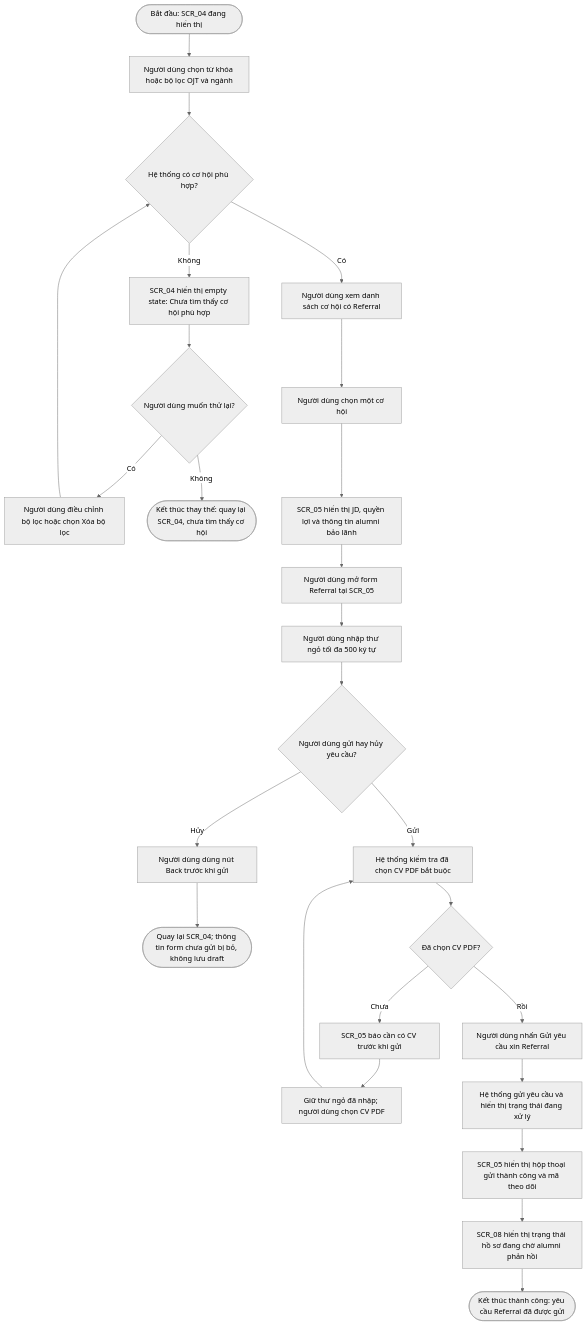
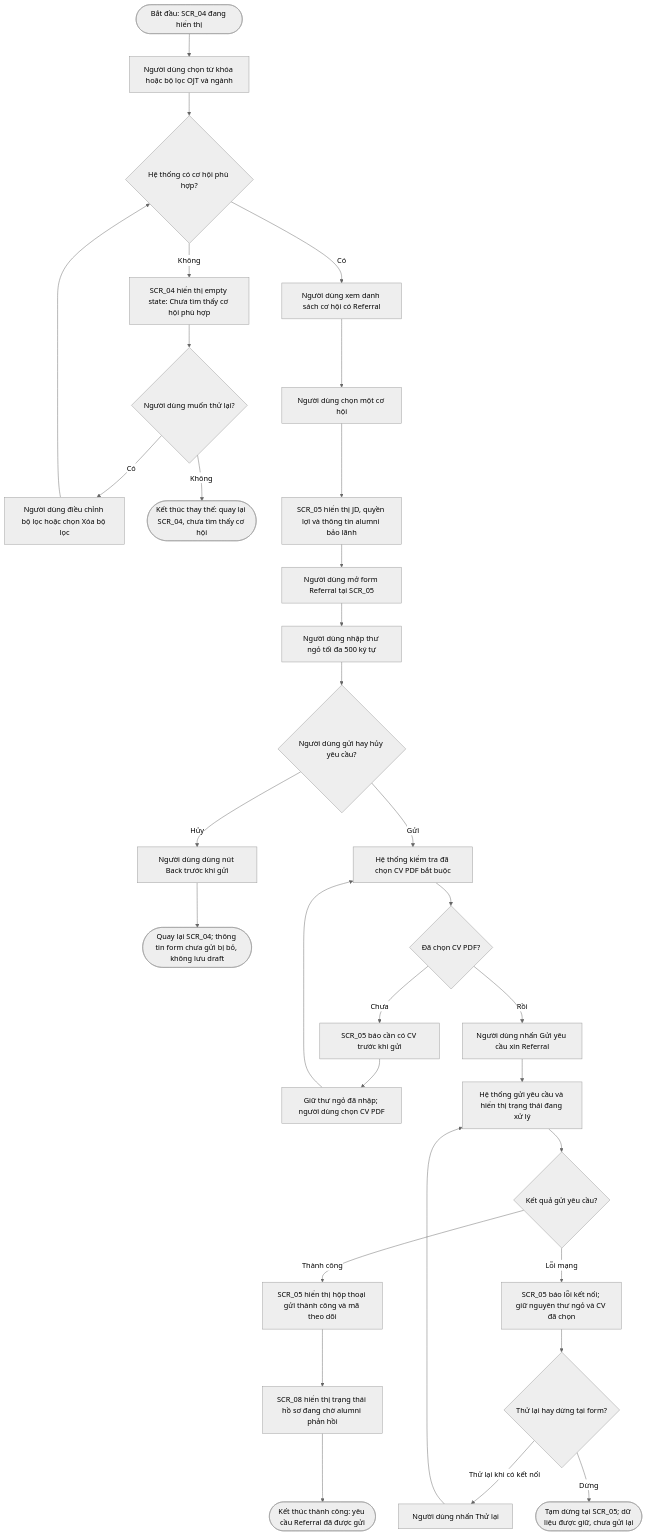
One commit to chstrg2208/PRN-LAB-2- changed the third of 4 diagrams in ux/user-flow.md. Above: the diagram before and after it, drawn with Mermaid (neutral theme). The commit also changed other lines of this file and 1 other file, not shown here.

Commit message:
docs(ux): align information architecture and user flows

````diff
--- a/ux/user-flow.md
+++ b/ux/user-flow.md
@@ -114,28 +130,34 @@
 ```mermaid
 flowchart TD
     Start([Bắt đầu: SCR_04 đang hiển thị]) --> SetFilters[Người dùng chọn từ khóa hoặc bộ lọc OJT và ngành]
     SetFilters --> SearchResults{Hệ thống có cơ hội phù hợp?}
     SearchResults -- Không --> EmptyState[SCR_04 hiển thị empty state: Chưa tìm thấy cơ hội phù hợp]
     EmptyState --> SearchRecovery{Người dùng muốn thử lại?}
     SearchRecovery -- Có --> RecoverSearch[Người dùng điều chỉnh bộ lọc hoặc chọn Xóa bộ lọc]
     RecoverSearch --> SearchResults
     SearchRecovery -- Không --> NoResultsEnd([Kết thúc thay thế: quay lại SCR_04, chưa tìm thấy cơ hội])
     SearchResults -- Có --> Browse[Người dùng xem danh sách cơ hội có Referral]
     Browse --> SelectOpportunity[Người dùng chọn một cơ hội]
     SelectOpportunity --> Review[SCR_05 hiển thị JD, quyền lợi và thông tin alumni bảo lãnh]
     Review --> OpenForm[Người dùng mở form Referral tại SCR_05]
     OpenForm --> ProvideLetter[Người dùng nhập thư ngỏ tối đa 500 ký tự]
     ProvideLetter --> FormChoice{Người dùng gửi hay hủy yêu cầu?}
     FormChoice -- Hủy --> Cancel[Người dùng dùng nút Back trước khi gửi]
     Cancel --> CancelEnd([Quay lại SCR_04; thông tin form chưa gửi bị bỏ, không lưu draft])
     FormChoice -- Gửi --> Validate[Hệ thống kiểm tra đã chọn CV PDF bắt buộc]
     Validate --> HasCV{Đã chọn CV PDF?}
     HasCV -- Chưa --> MissingCV[SCR_05 báo cần có CV trước khi gửi]
     MissingCV --> KeepLetter[Giữ thư ngỏ đã nhập; người dùng chọn CV PDF]
     KeepLetter --> Validate
     HasCV -- Rồi --> Submit[Người dùng nhấn Gửi yêu cầu xin Referral]
     Submit --> Loading[Hệ thống gửi yêu cầu và hiển thị trạng thái đang xử lý]
-    Loading --> Success[SCR_05 hiển thị hộp thoại gửi thành công và mã theo dõi]
+    Loading --> SubmitOutcome{Kết quả gửi yêu cầu?}
+    SubmitOutcome -- Thành công --> Success[SCR_05 hiển thị hộp thoại gửi thành công và mã theo dõi]
+    SubmitOutcome -- Lỗi mạng --> NetworkBanner[SCR_05 báo lỗi kết nối; giữ nguyên thư ngỏ và CV đã chọn]
+    NetworkBanner --> NetworkChoice{Thử lại hay dừng tại form?}
+    NetworkChoice -- Thử lại khi có kết nối --> Retry[Người dùng nhấn Thử lại]
+    Retry --> Loading
+    NetworkChoice -- Dừng --> NetworkWaitEnd([Tạm dừng tại SCR_05; dữ liệu được giữ, chưa gửi lại])
     Success --> Track[SCR_08 hiển thị trạng thái hồ sơ đang chờ alumni phản hồi]
     Track --> EndSuccess([Kết thúc thành công: yêu cầu Referral đã được gửi])
 ```
````
